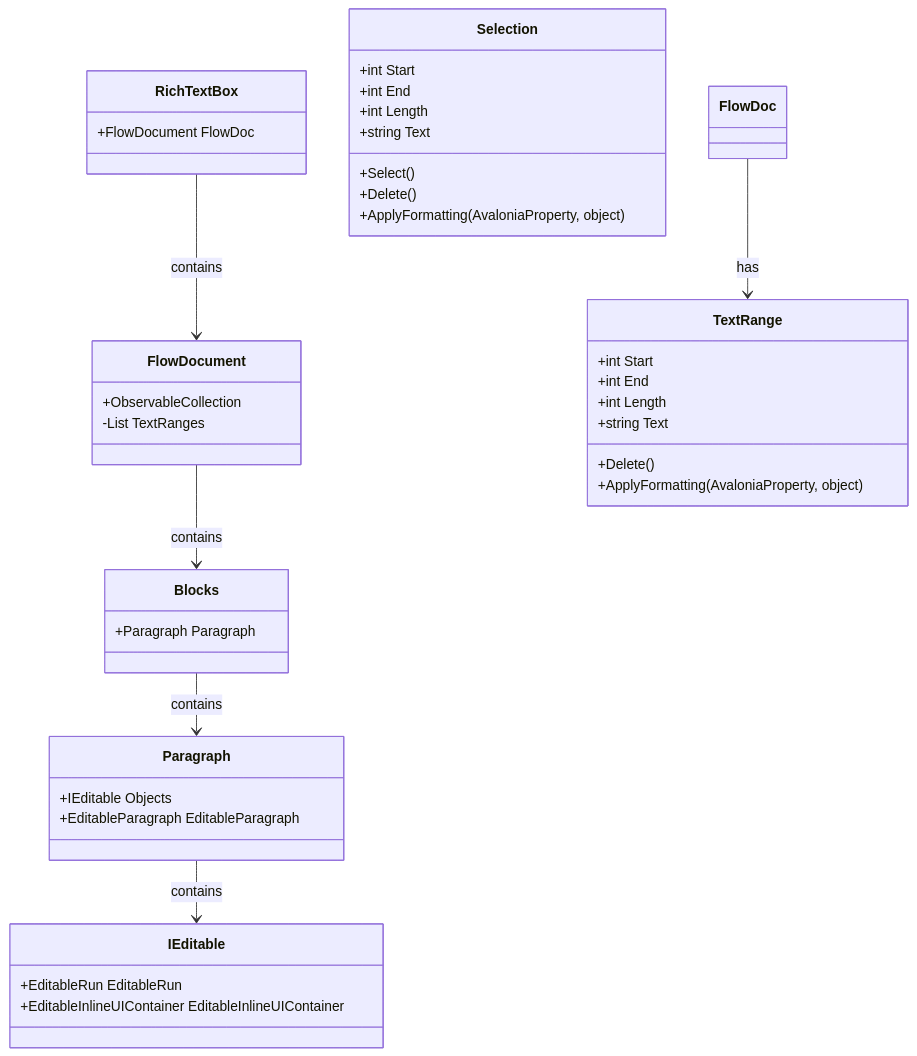
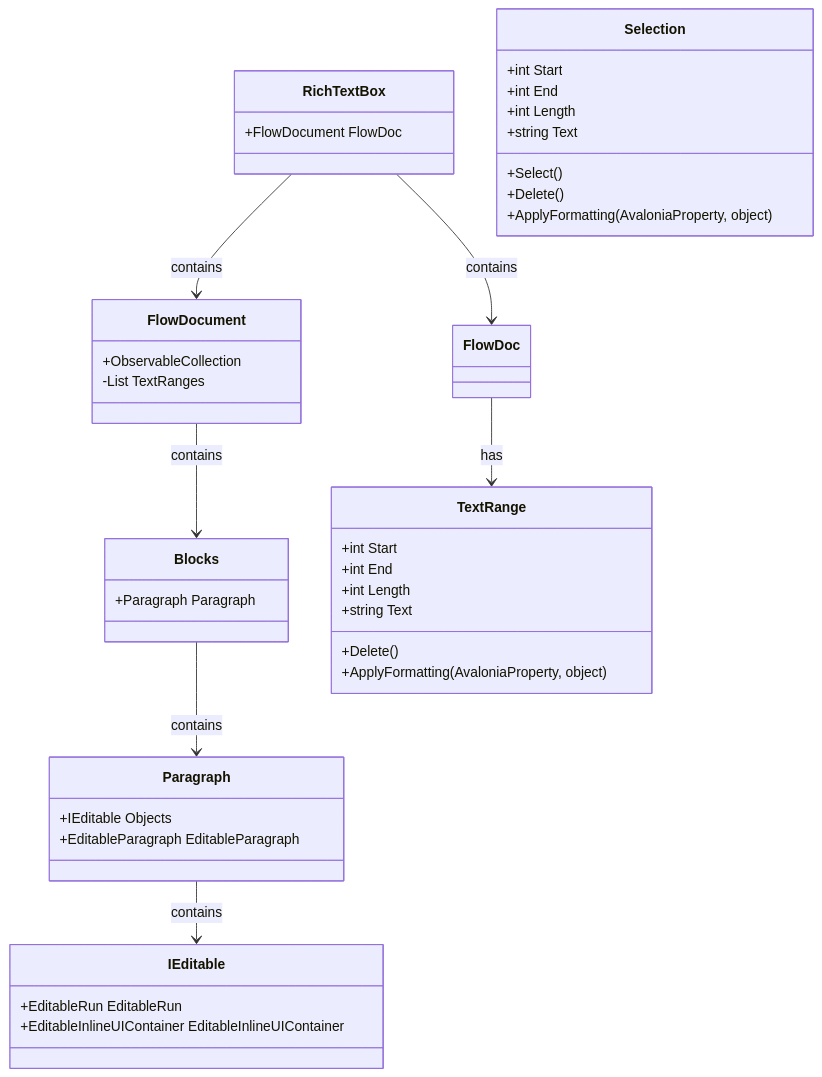
Before and after one commit to cuikp/AvRichTextBox: the diagram in README.md, drawn with Mermaid.

Commit message:
Update project files

````diff
--- a/README.md
+++ b/README.md
@@ -13,45 +13,46 @@
 ```mermaid
 classDiagram
     class RichTextBox{
         +FlowDocument FlowDoc
     }
     class FlowDocument{
         +ObservableCollection<Blocks>
         -List<TextRange> TextRanges
     }
     class Blocks{
         +Paragraph Paragraph
     }
     class Paragraph{
         +IEditable Objects
         +EditableParagraph EditableParagraph
     }
     class IEditable{
         +EditableRun EditableRun
         +EditableInlineUIContainer EditableInlineUIContainer
     }
     class Selection{
         +int Start
         +int End
         +int Length
         +Select()
         +Delete()
         +string Text
         +ApplyFormatting(AvaloniaProperty, object)
     }
     class TextRange{
         +int Start
         +int End
         +int Length
         +Delete()
         +string Text
         +ApplyFormatting(AvaloniaProperty, object)
     }
 
     RichTextBox --> FlowDocument : contains
     FlowDocument --> Blocks : contains
     Blocks --> Paragraph : contains
     Paragraph --> IEditable : contains
     FlowDoc --> TextRange : has
-    
+    RichTextBox --> FlowDoc : contains
+
 ```
````
